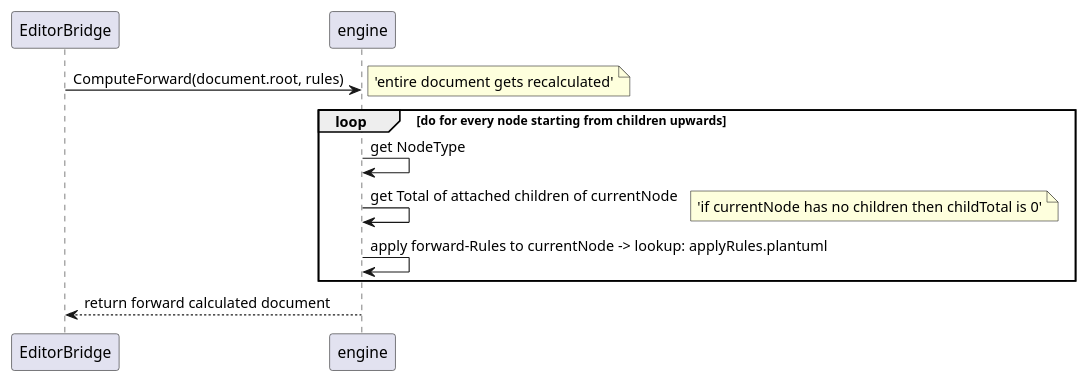
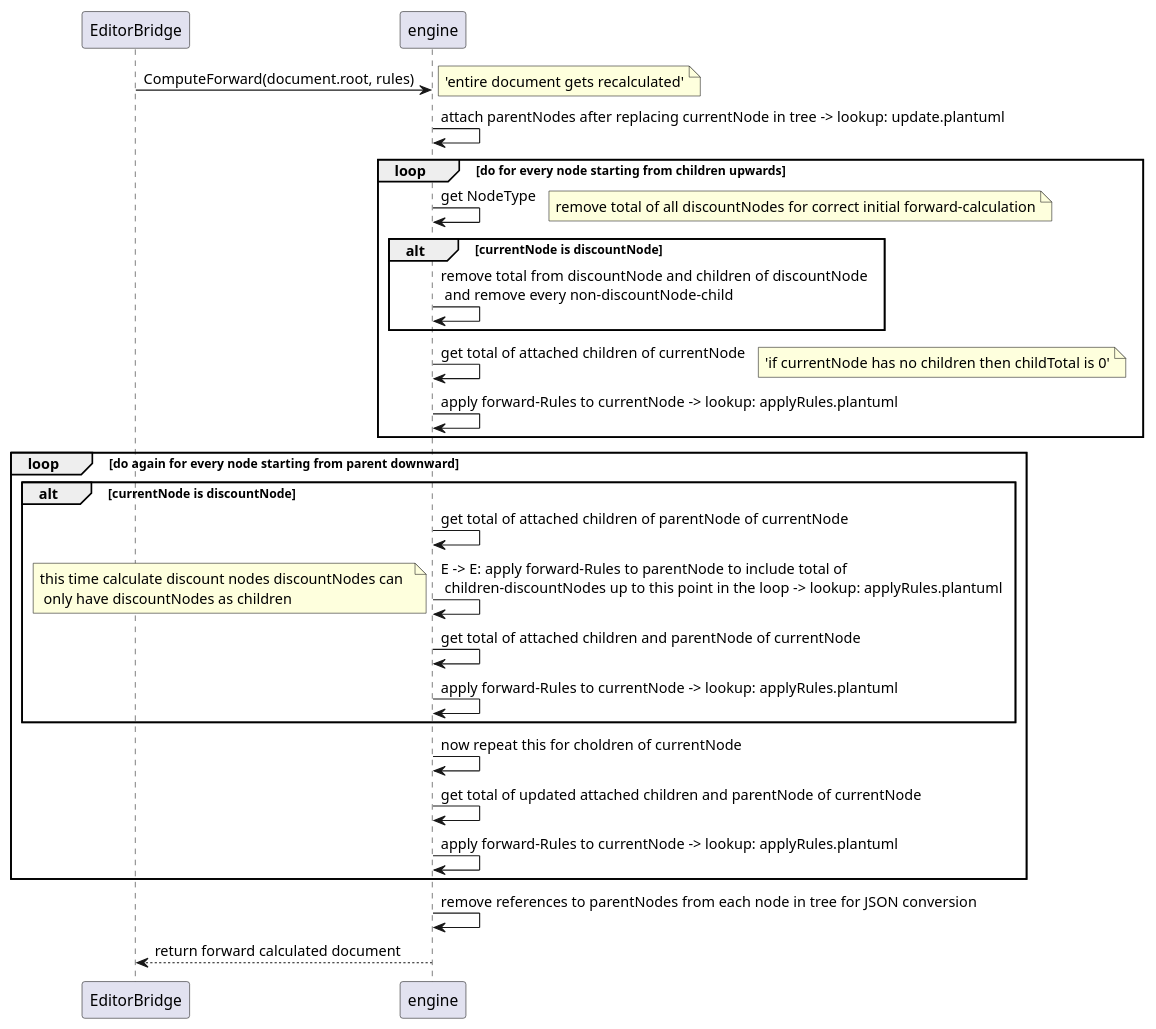
One commit to JoniRaptor/semantic-cost-position-calculation changed the diagram in src/semantic/doc/update-forward.plantuml. Above: the diagram before and after it, drawn with PlantUML. The commit also changed 4 other files, not shown here.

Commit message:
backward-calculation with percentage-discount added. Updated Plantuml Dokumentation with forward and backward calculation of percentage-discount-nodes.

```diff
--- a/src/semantic/doc/update-forward.plantuml
+++ b/src/semantic/doc/update-forward.plantuml
@@ -1,14 +1,32 @@
 @startuml
 participant "EditorBridge" as Bridge
 participant "engine" as E
 
 Bridge -> E: ComputeForward(document.root, rules)
 note right: 'entire document gets recalculated'
+E -> E: attach parentNodes after replacing currentNode in tree -> lookup: update.plantuml
 loop do for every node starting from children upwards
     E -> E: get NodeType
-    E -> E: get Total of attached children of currentNode
+    note right: remove total of all discountNodes for correct initial forward-calculation
+    alt currentNode is discountNode
+    E->E: remove total from discountNode and children of discountNode \n and remove every non-discountNode-child
+    end
+    E -> E: get total of attached children of currentNode
     note right: 'if currentNode has no children then childTotal is 0'
     E -> E: apply forward-Rules to currentNode -> lookup: applyRules.plantuml
 end
+loop do again for every node starting from parent downward
+    alt currentNode is discountNode
+    E->E: get total of attached children of parentNode of currentNode
+    E->E: E -> E: apply forward-Rules to parentNode to include total of \n children-discountNodes up to this point in the loop -> lookup: applyRules.plantuml
+    note left: this time calculate discount nodes discountNodes can  \n only have discountNodes as children
+    E->E: get total of attached children and parentNode of currentNode
+    E -> E: apply forward-Rules to currentNode -> lookup: applyRules.plantuml
+    end
+    E->E: now repeat this for choldren of currentNode
+    E->E: get total of updated attached children and parentNode of currentNode
+    E -> E: apply forward-Rules to currentNode -> lookup: applyRules.plantuml
+end
+E->E: remove references to parentNodes from each node in tree for JSON conversion
 E --> Bridge: return forward calculated document
 @enduml
```
